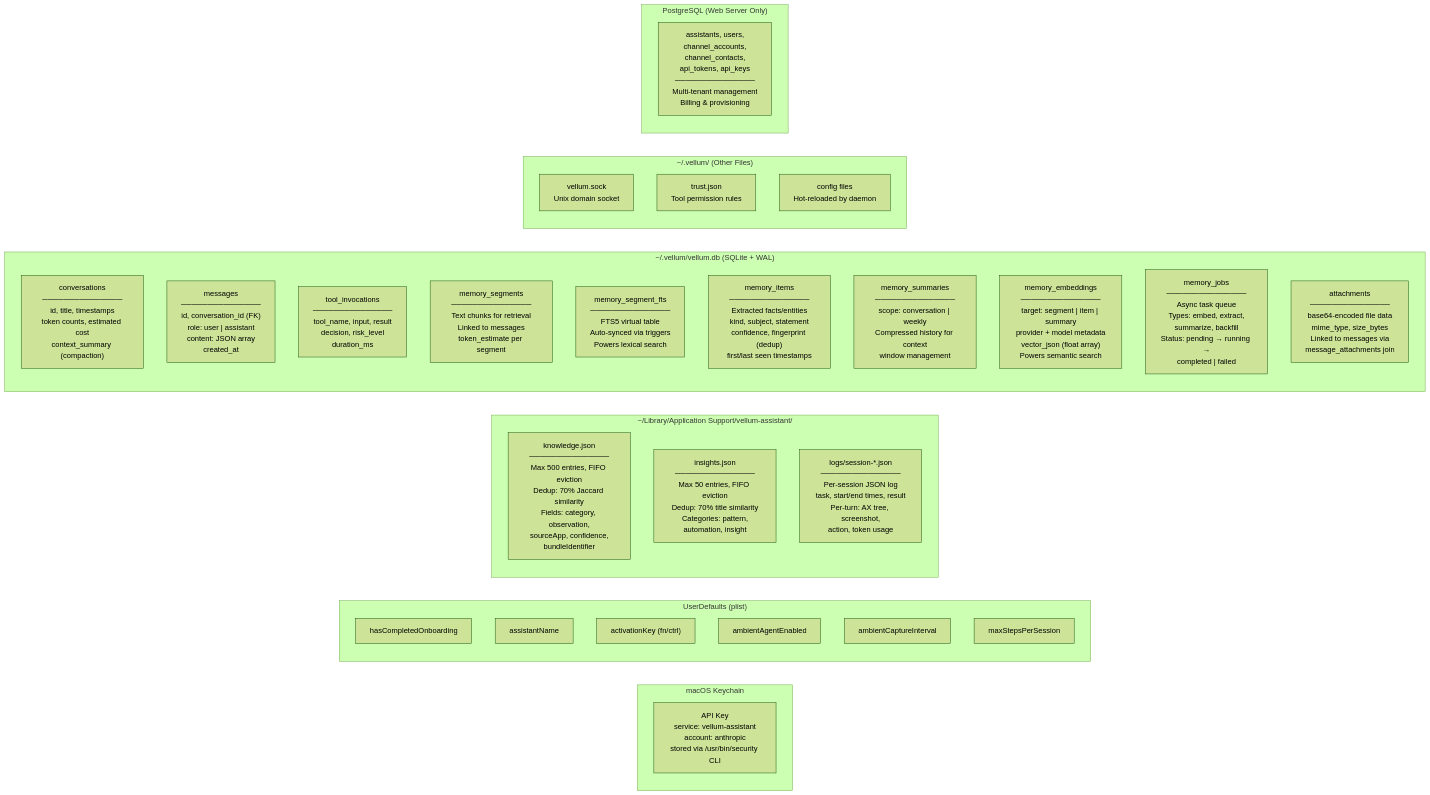
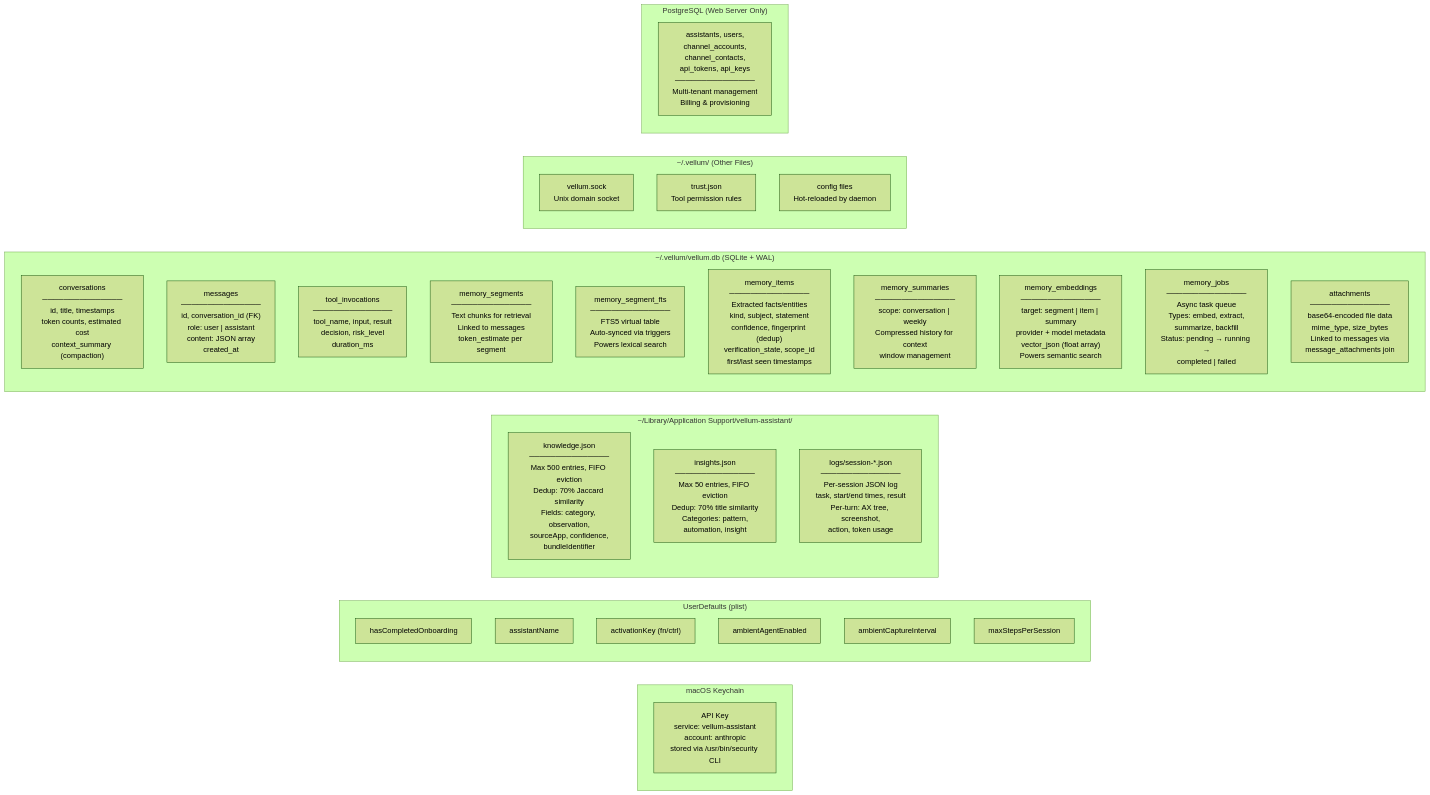
One commit to vellum-ai/vellum-assistant changed the second of 9 diagrams in ARCHITECTURE.md. Above: the diagram before and after it, drawn with Mermaid (forest theme). The commit also changed other lines of this file and 1 other file, not shown here.

First line of the commit message:
Add memory retrieval docs, rollout guide, and update architecture diagrams

````diff
--- a/ARCHITECTURE.md
+++ b/ARCHITECTURE.md
@@ -216,46 +216,46 @@
 ```mermaid
 graph LR
     subgraph "macOS Keychain"
         K1["API Key<br/>service: vellum-assistant<br/>account: anthropic<br/>stored via /usr/bin/security CLI"]
     end
 
     subgraph "UserDefaults (plist)"
         UD1["hasCompletedOnboarding"]
         UD2["assistantName"]
         UD3["activationKey (fn/ctrl)"]
         UD4["ambientAgentEnabled"]
         UD5["ambientCaptureInterval"]
         UD6["maxStepsPerSession"]
     end
 
     subgraph "~/Library/Application Support/vellum-assistant/"
         direction TB
         KJ["knowledge.json<br/>───────────────<br/>Max 500 entries, FIFO eviction<br/>Dedup: 70% Jaccard similarity<br/>Fields: category, observation,<br/>sourceApp, confidence,<br/>bundleIdentifier"]
         IJ["insights.json<br/>───────────────<br/>Max 50 entries, FIFO eviction<br/>Dedup: 70% title similarity<br/>Categories: pattern,<br/>automation, insight"]
         SL["logs/session-*.json<br/>───────────────<br/>Per-session JSON log<br/>task, start/end times, result<br/>Per-turn: AX tree, screenshot,<br/>action, token usage"]
     end
 
     subgraph "~/.vellum/vellum.db (SQLite + WAL)"
         direction TB
         CONV["conversations<br/>───────────────<br/>id, title, timestamps<br/>token counts, estimated cost<br/>context_summary (compaction)"]
         MSG["messages<br/>───────────────<br/>id, conversation_id (FK)<br/>role: user | assistant<br/>content: JSON array<br/>created_at"]
         TOOL["tool_invocations<br/>───────────────<br/>tool_name, input, result<br/>decision, risk_level<br/>duration_ms"]
         SEG["memory_segments<br/>───────────────<br/>Text chunks for retrieval<br/>Linked to messages<br/>token_estimate per segment"]
         FTS["memory_segment_fts<br/>───────────────<br/>FTS5 virtual table<br/>Auto-synced via triggers<br/>Powers lexical search"]
-        ITEMS["memory_items<br/>───────────────<br/>Extracted facts/entities<br/>kind, subject, statement<br/>confidence, fingerprint (dedup)<br/>first/last seen timestamps"]
+        ITEMS["memory_items<br/>───────────────<br/>Extracted facts/entities<br/>kind, subject, statement<br/>confidence, fingerprint (dedup)<br/>verification_state, scope_id<br/>first/last seen timestamps"]
         SUM["memory_summaries<br/>───────────────<br/>scope: conversation | weekly<br/>Compressed history for context<br/>window management"]
         EMB["memory_embeddings<br/>───────────────<br/>target: segment | item | summary<br/>provider + model metadata<br/>vector_json (float array)<br/>Powers semantic search"]
         JOBS["memory_jobs<br/>───────────────<br/>Async task queue<br/>Types: embed, extract,<br/>summarize, backfill<br/>Status: pending → running →<br/>completed | failed"]
         ATT["attachments<br/>───────────────<br/>base64-encoded file data<br/>mime_type, size_bytes<br/>Linked to messages via<br/>message_attachments join"]
     end
 
     subgraph "~/.vellum/ (Other Files)"
         SOCK["vellum.sock<br/>Unix domain socket"]
         TRUST["trust.json<br/>Tool permission rules"]
         CONFIG["config files<br/>Hot-reloaded by daemon"]
     end
 
     subgraph "PostgreSQL (Web Server Only)"
         PG["assistants, users,<br/>channel_accounts,<br/>channel_contacts,<br/>api_tokens, api_keys<br/>───────────────<br/>Multi-tenant management<br/>Billing & provisioning"]
     end
 ```
````
